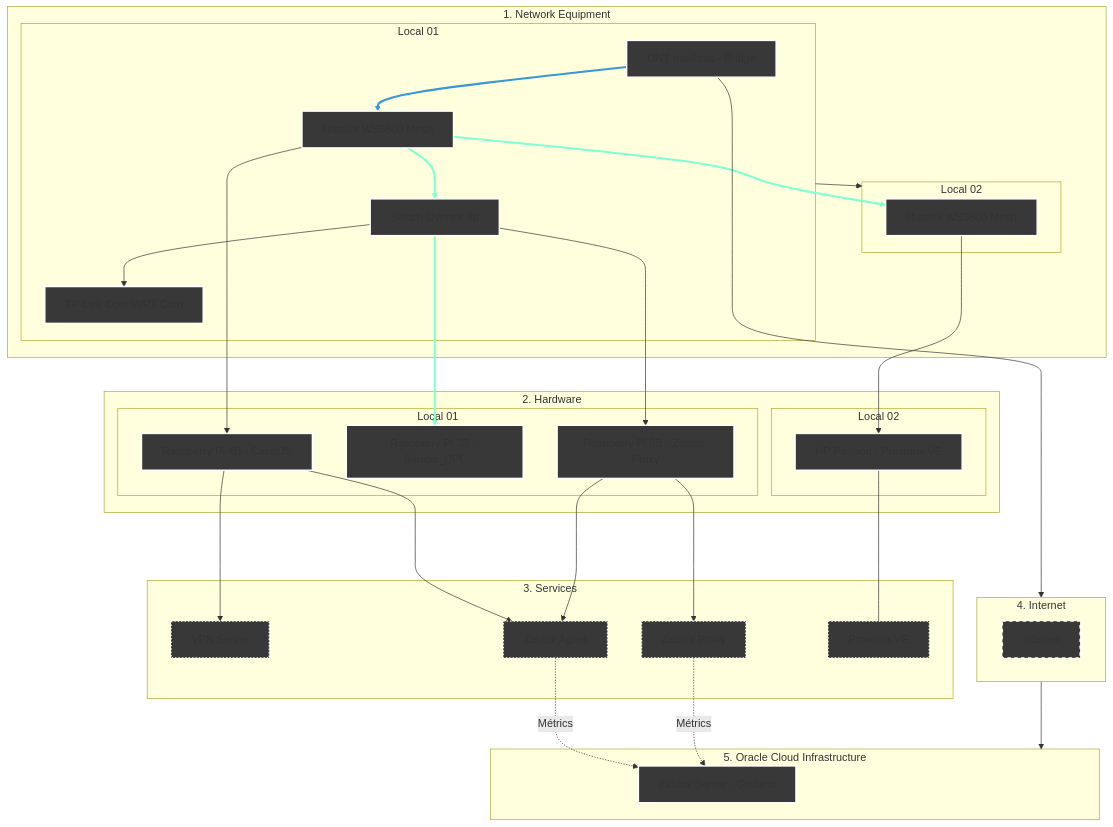
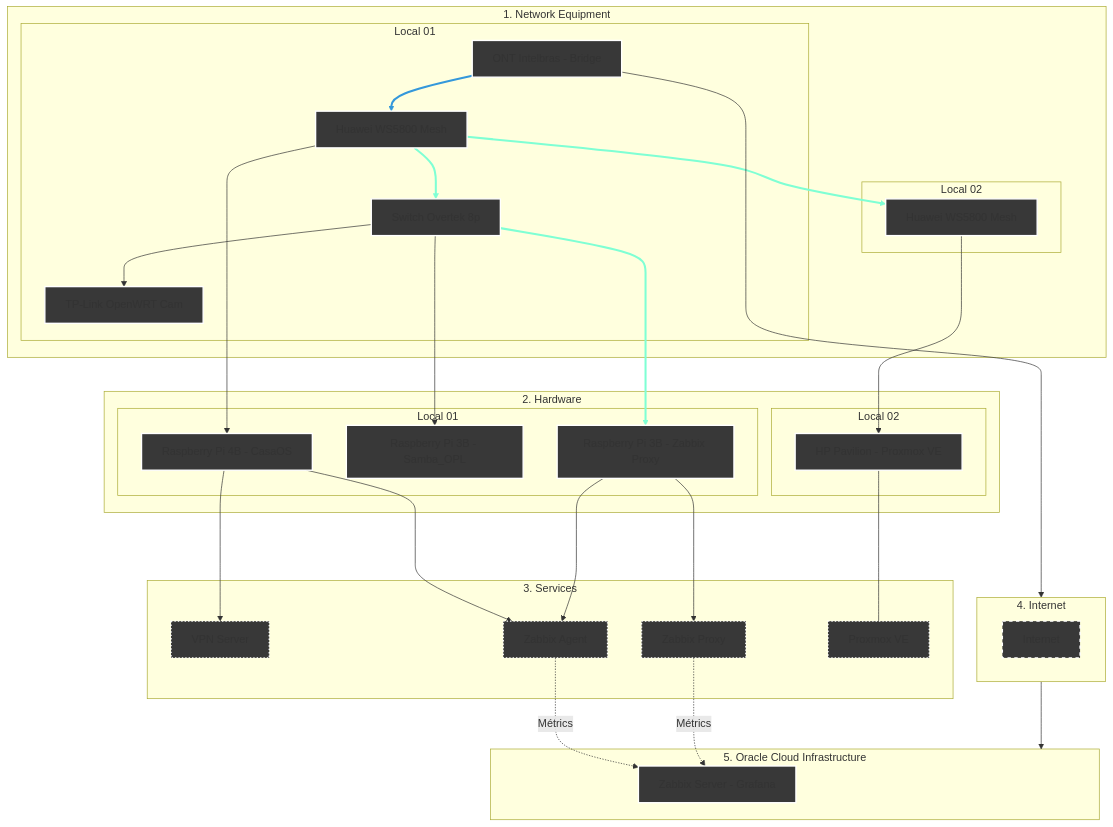
The diagram in Infraestructure/README.md (kevindexter22/Dr-Hardware-Autonet), drawn with Mermaid before and after one commit.

````diff
--- a/Infraestructure/README.md
+++ b/Infraestructure/README.md
@@ -13,66 +13,65 @@
 ```mermaid
 graph TD
     %% Styles
     classDef network fill:#383838,stroke:#FFFFFF,stroke-width:2px;
     classDef hardware fill:#383838,stroke:#FFFFFF,stroke-width:2px;
     classDef internet fill:#383838,stroke:#FFFFFF,stroke-width:2px,stroke-dasharray: 5 5;
     classDef services fill:#383838,stroke:#FFFFFF,stroke-width:2px, stroke-dasharray: 2 3;
     classDef oci fill:#383838,stroke:#FFFFFF,stroke-width:2px;
 
     %% 1. NETWORK EQUIPMENT
     subgraph Principal["1. Network Equipment"]
     subgraph S1 [Local 01]
         ONT[ONT Intelbras - Bridge]:::network --> R_Mesh1[Huawei WS5800 Mesh]:::network
         R_Mesh1 --> SW1[Switch Overtek 8p]:::network
         SW1 --> R_Cams[TP-Link OpenWRT Cam]:::network    
     end
     subgraph S2 [Local 02]
         R_Mesh1 --> R_Mesh2[Huawei WS5800 Mesh]:::network
     end
-    S1 --> S2
     end
     
     %% 2. HARDWARE
     subgraph Principal02["2. Hardware"]
     subgraph S3 [Local 01]
         R_Mesh1 ---> RPi4B[Raspberry Pi 4B - CasaOS]:::hardware
         SW1 ---> RPi3B_1[Raspberry Pi 3B - Samba_OPL]:::hardware
         SW1 ---> RPi3B_2[Raspberry Pi 3B - Zabbix Proxy]:::hardware
     end
     subgraph S4 [Local 02]
         R_Mesh2 ---> HP[HP Pavilion - Proxmox VE]:::hardware
     end
     end
 
     %% 3. SERVICES     
     subgraph S5 [3. Services];
         RPi4B ---> VPN[VPN Server]:::services
         RPi4B ---> ZA[Zabbix Agent]:::services
         RPi3B_2 ---> ZA[Zabbix Agent]:::services
         RPi3B_2 ---> ZP[Zabbix Proxy]:::services
         HP --- PVE[Proxmox VE]:::services        
     end
 
     %% 4. Internet (The Bridge)
     subgraph S6 [4. Internet]
            internet[Internet]:::internet
     end
 
     %% 5. Oracle Cloud Infrastructure
     subgraph S7 [5. Oracle Cloud Infrastructure]
         ZS[Zabbix Server - Grafana]:::oci
     end
 
     %% Conections of data flow
     ONT --> S6
     S6 --> S7
     
     %% Logical conections
     ZA -.-> |Métrics| ZS
     ZP -.-> |Métrics| ZS 
 
     %% --- Set collor on conections ---
     
     linkStyle 0 stroke:#3498db,stroke-width:3px;
     linkStyle 1,3,6 stroke:#7FFFD4,stroke-width:3px;
 ```
````
